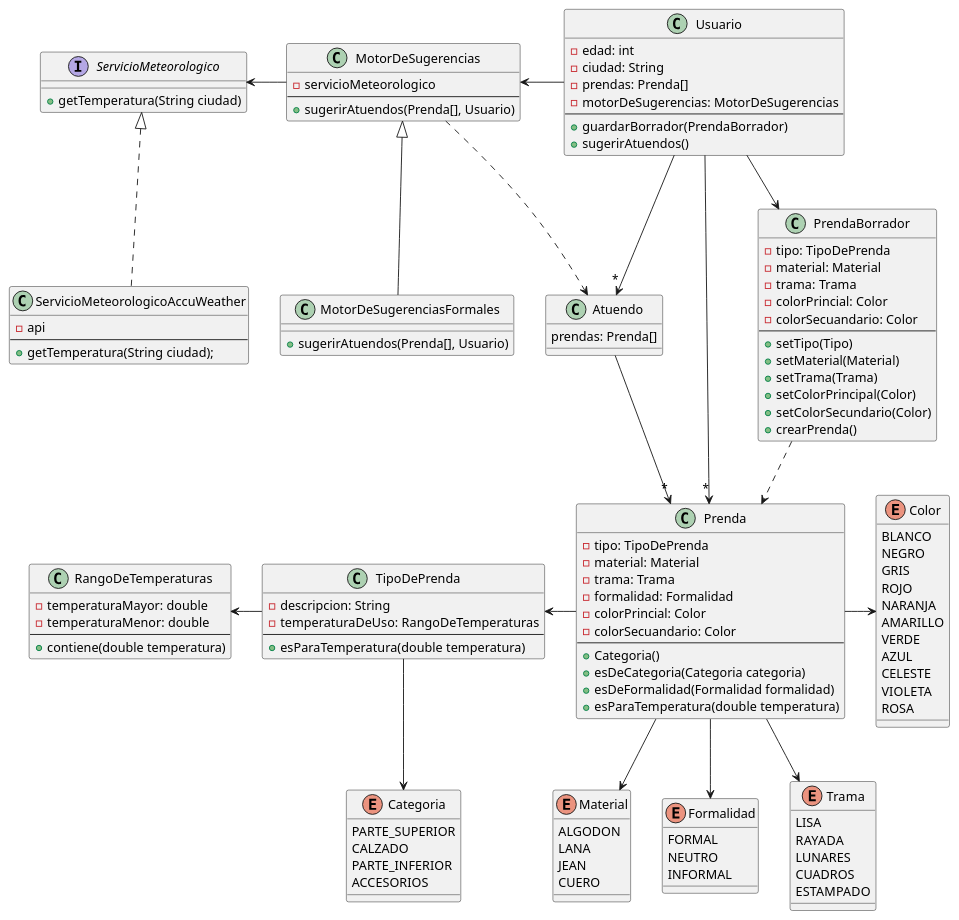
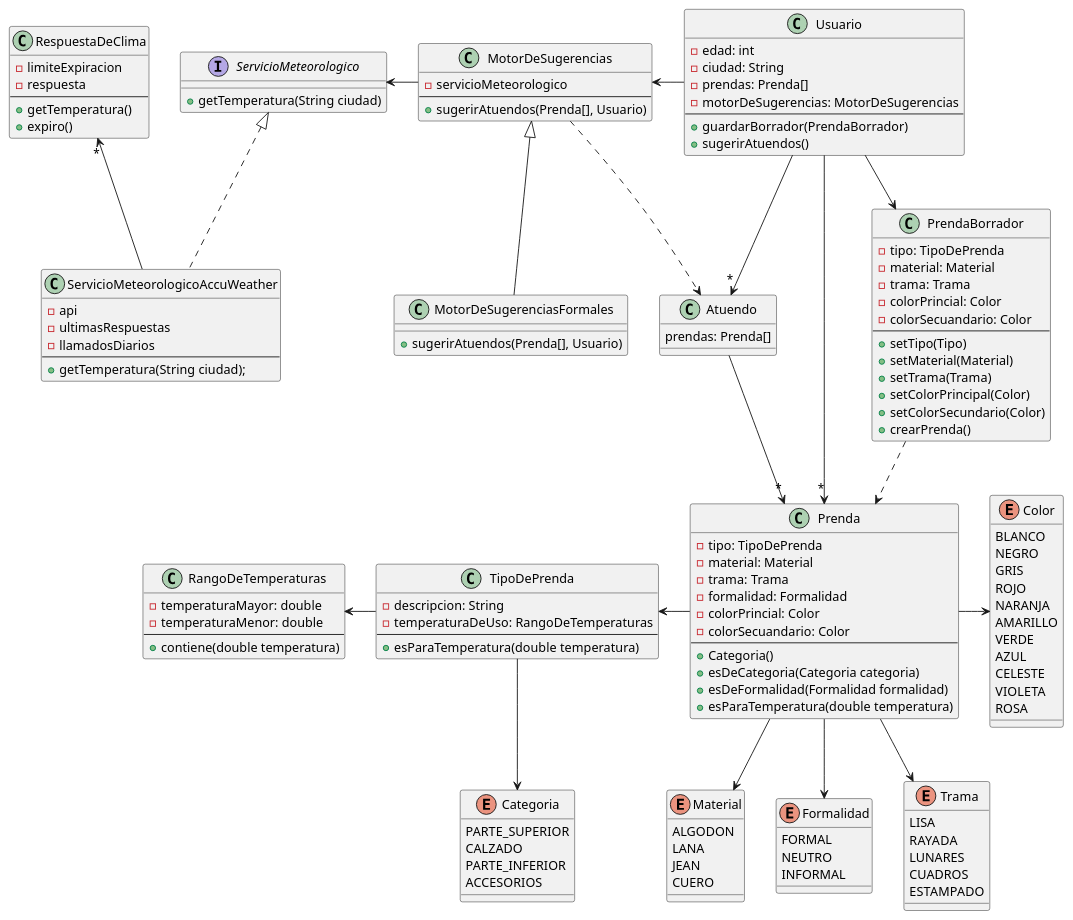
The diagram in src/Diagrama-Entidades.puml (lrizzitano/tp-que-me-pongo), drawn with PlantUML before and after one commit. The commit also changed 3 other files, not shown here.

Commit message:
correcciones y diagrama 4ta iteracion

```diff
--- a/src/Diagrama-Entidades.puml
+++ b/src/Diagrama-Entidades.puml
@@ -1,148 +1,159 @@
 @startuml
 
 class Usuario {
     - edad: int
     - ciudad: String
     - prendas: Prenda[]
     - motorDeSugerencias: MotorDeSugerencias
     --
     + guardarBorrador(PrendaBorrador)
     + sugerirAtuendos()
 }
 
 class Atuendo {
     prendas: Prenda[]
 }
 
 class Prenda {
     - tipo: TipoDePrenda
     - material: Material
     - trama: Trama
     - formalidad: Formalidad
     - colorPrincial: Color
     - colorSecuandario: Color
     --
     + Categoria()
     + esDeCategoria(Categoria categoria)
     + esDeFormalidad(Formalidad formalidad)
     + esParaTemperatura(double temperatura)
 }
 
 class PrendaBorrador {
     - tipo: TipoDePrenda
     - material: Material
     - trama: Trama
     - colorPrincial: Color
     - colorSecuandario: Color
     --
     + setTipo(Tipo)
     + setMaterial(Material)
     + setTrama(Trama)
     + setColorPrincipal(Color)
     + setColorSecundario(Color)
     + crearPrenda()
 }
 
 class TipoDePrenda {
     - descripcion: String
     - temperaturaDeUso: RangoDeTemperaturas
     --
     + esParaTemperatura(double temperatura)
 }
 
 class MotorDeSugerencias {
     - servicioMeteorologico
     --
     + sugerirAtuendos(Prenda[], Usuario)
 }
 
 class MotorDeSugerenciasFormales {
     + sugerirAtuendos(Prenda[], Usuario)
 }
 
 class RangoDeTemperaturas {
     - temperaturaMayor: double
     - temperaturaMenor: double
     --
     + contiene(double temperatura)
 }
 
 interface ServicioMeteorologico {
     + getTemperatura(String ciudad)
 }
 
 class ServicioMeteorologicoAccuWeather {
     - api
+    - ultimasRespuestas
+    - llamadosDiarios
     --
     + getTemperatura(String ciudad);
+}
+
+class RespuestaDeClima {
+    - limiteExpiracion
+    - respuesta
+    --
+    + getTemperatura()
+    + expiro()
 }
 
 enum Trama {
     LISA
     RAYADA
     LUNARES
     CUADROS
     ESTAMPADO
 }
 
 enum Color {
     BLANCO
     NEGRO
     GRIS
     ROJO
     NARANJA
     AMARILLO
     VERDE
     AZUL
     CELESTE
     VIOLETA
     ROSA
 }
 
 enum Categoria {
     PARTE_SUPERIOR
     CALZADO
     PARTE_INFERIOR
     ACCESORIOS
 }
 
 enum Material {
     ALGODON
     LANA
     JEAN
     CUERO
 }
 
 enum Formalidad {
     FORMAL
     NEUTRO
     INFORMAL
 }
 
 Atuendo -->"*" Prenda
 Atuendo -[hidden]r- PrendaBorrador
 
 Usuario -->"*" Prenda
 Usuario --> PrendaBorrador
 Usuario -->"*" Atuendo
 Usuario -l-> MotorDeSugerencias
 
 PrendaBorrador ..> Prenda
 
 Prenda -l-> TipoDePrenda
 Prenda --> Material
 Prenda --> Trama
 Prenda --> Formalidad
 Prenda -> Color
 
 TipoDePrenda --> Categoria
 TipoDePrenda -l-> RangoDeTemperaturas
 
 MotorDeSugerencias .r.> Atuendo
 MotorDeSugerencias -l-> ServicioMeteorologico
 
 MotorDeSugerenciasFormales -u-|> MotorDeSugerencias
 
 ServicioMeteorologicoAccuWeather .u.|> ServicioMeteorologico
+ServicioMeteorologicoAccuWeather -u->"*" RespuestaDeClima
 
 @enduml
```
